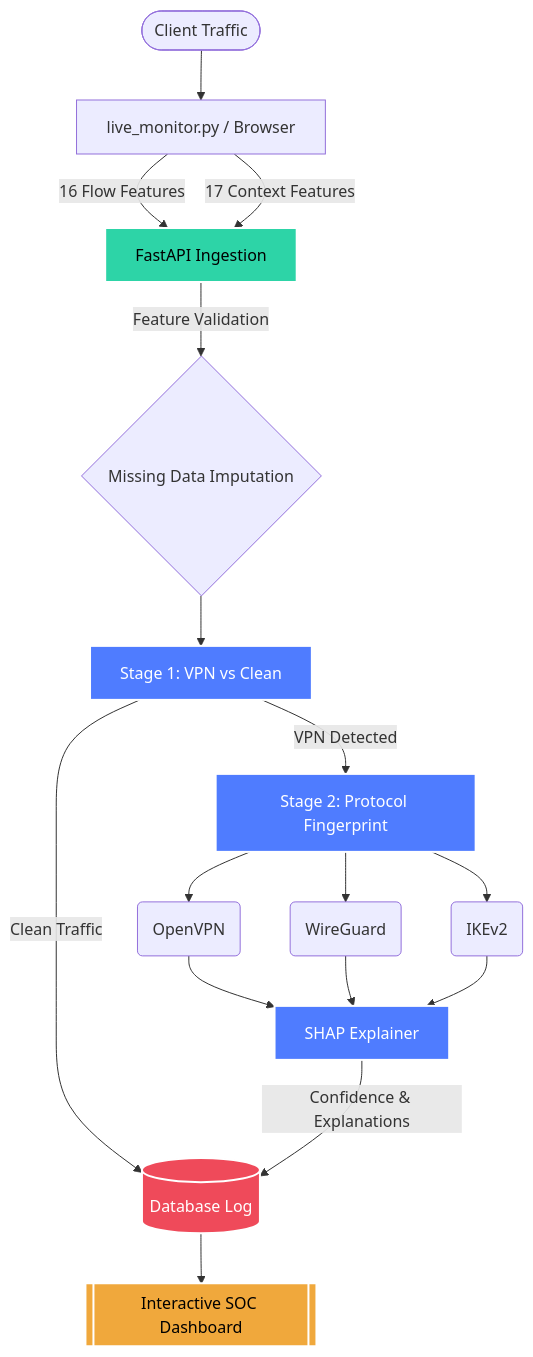
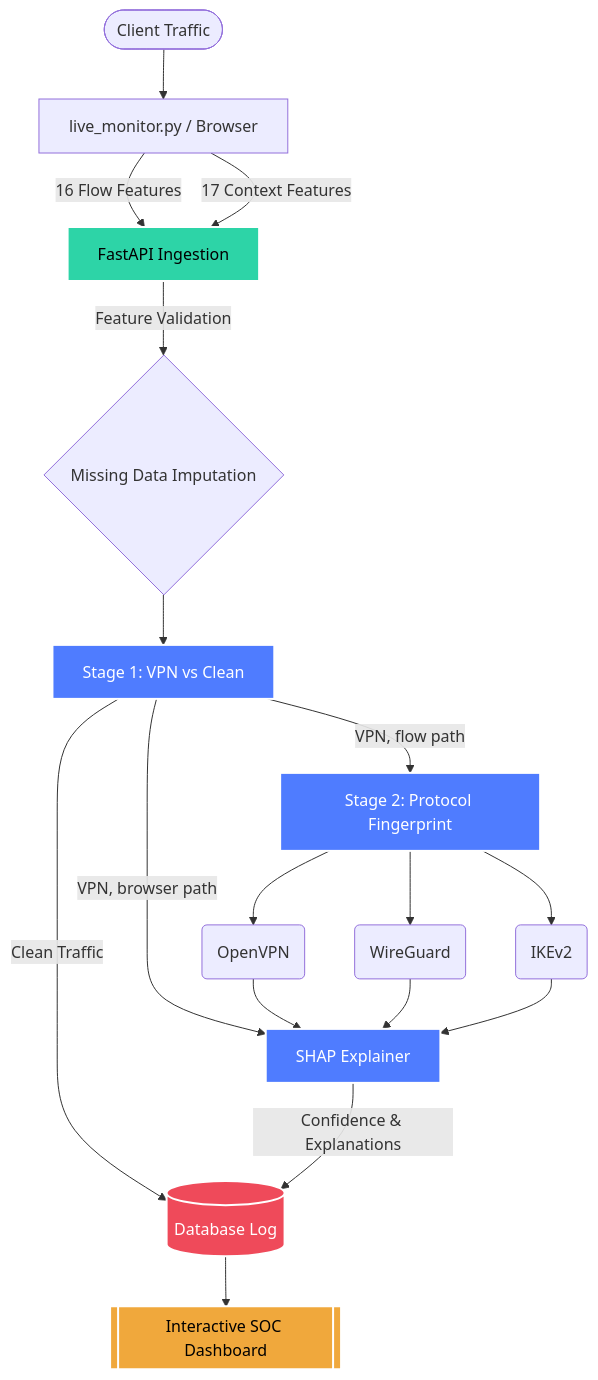
One commit to kevivek-cyber/vpn-sentinel changed the diagram in README.md. Above: the diagram before and after it, drawn with Mermaid. The commit also changed other lines of this file and 11 other files, not shown here.

First line of the commit message:
Calibrate confidence and drop unreliable browser protocol detection

````diff
--- a/README.md
+++ b/README.md
@@ -60,41 +65,42 @@
 ```mermaid
 graph TD
     %% Core Inputs
     Client([Client Traffic]) --> Sniffer[live_monitor.py / Browser]
     Sniffer --> |16 Flow Features| API[FastAPI Ingestion]
     Sniffer --> |17 Context Features| API
     
     %% Processing
     API --> |Feature Validation| Imputer{Missing Data Imputation}
     Imputer --> Stage1[Stage 1: VPN vs Clean]
     
     %% Stage 1 Logic
     Stage1 -->|Clean Traffic| DB[(Database Log)]
-    Stage1 -->|VPN Detected| Stage2[Stage 2: Protocol Fingerprint]
+    Stage1 -->|VPN, flow path| Stage2[Stage 2: Protocol Fingerprint]
+    Stage1 -->|VPN, browser path| SHAP
     
     %% Stage 2 Logic
     Stage2 --> OpenVPN(OpenVPN)
     Stage2 --> WireGuard(WireGuard)
     Stage2 --> IKEv2(IKEv2)
     
     %% Explainability
     OpenVPN --> SHAP[SHAP Explainer]
     WireGuard --> SHAP
     IKEv2 --> SHAP
     
     SHAP --> |Confidence & Explanations| DB
     
     %% Output
     DB --> Dashboard[[Interactive SOC Dashboard]]
     
     %% Styling
     classDef api fill:#2dd4a7,stroke:#fff,stroke-width:2px,color:#000;
     classDef model fill:#4f7cff,stroke:#fff,stroke-width:2px,color:#fff;
     classDef db fill:#ef4a5a,stroke:#fff,stroke-width:2px,color:#fff;
     classDef dash fill:#f0a83c,stroke:#fff,stroke-width:2px,color:#000;
     
     class API api;
     class Stage1,Stage2,SHAP model;
     class DB db;
     class Dashboard dash;
 ```
````
